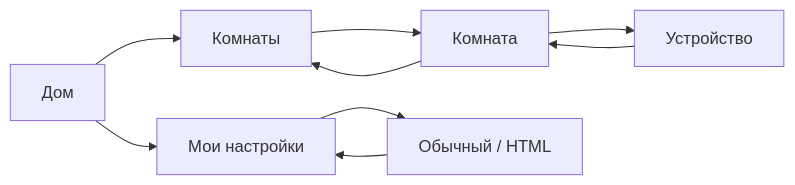
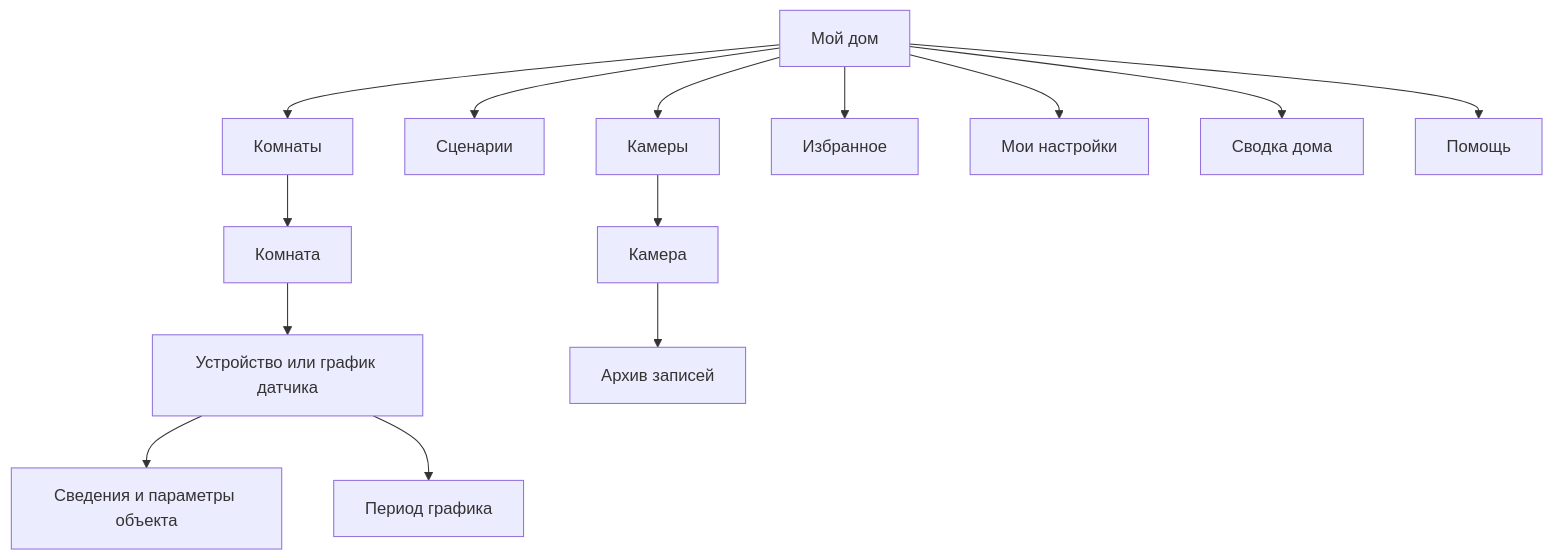
One commit to Anykei/telegram_ha_bot changed the first of 2 diagrams in docks/html-widgets/SCREENS.md. Above: the diagram before and after it, drawn with Mermaid. The commit also changed other lines of this file and 4 other files, not shown here.

````diff
--- a/docks/html-widgets/SCREENS.md
+++ b/docks/html-widgets/SCREENS.md
@@ -18,11 +69,16 @@
 ```mermaid
-flowchart LR
-    Home[Дом] --> Rooms[Комнаты]
-    Rooms --> Room[Комната]
-    Room --> Device[Устройство]
-    Home --> Settings[Мои настройки]
-    Settings --> Mode[Обычный / HTML]
-    Mode --> Settings
-    Device --> Room
-    Room --> Rooms
+flowchart TD
+    Home["Мой дом"] --> Rooms["Комнаты"]
+    Rooms --> Room["Комната"]
+    Room --> Device["Устройство или график датчика"]
+    Device --> Details["Сведения и параметры объекта"]
+    Device --> Period["Период графика"]
+    Home --> Scenes["Сценарии"]
+    Home --> Cameras["Камеры"]
+    Cameras --> Camera["Камера"]
+    Camera --> Archive["Архив записей"]
+    Home --> Favorites["Избранное"]
+    Home --> Settings["Мои настройки"]
+    Home --> Status["Сводка дома"]
+    Home --> Help["Помощь"]
 ```
````
